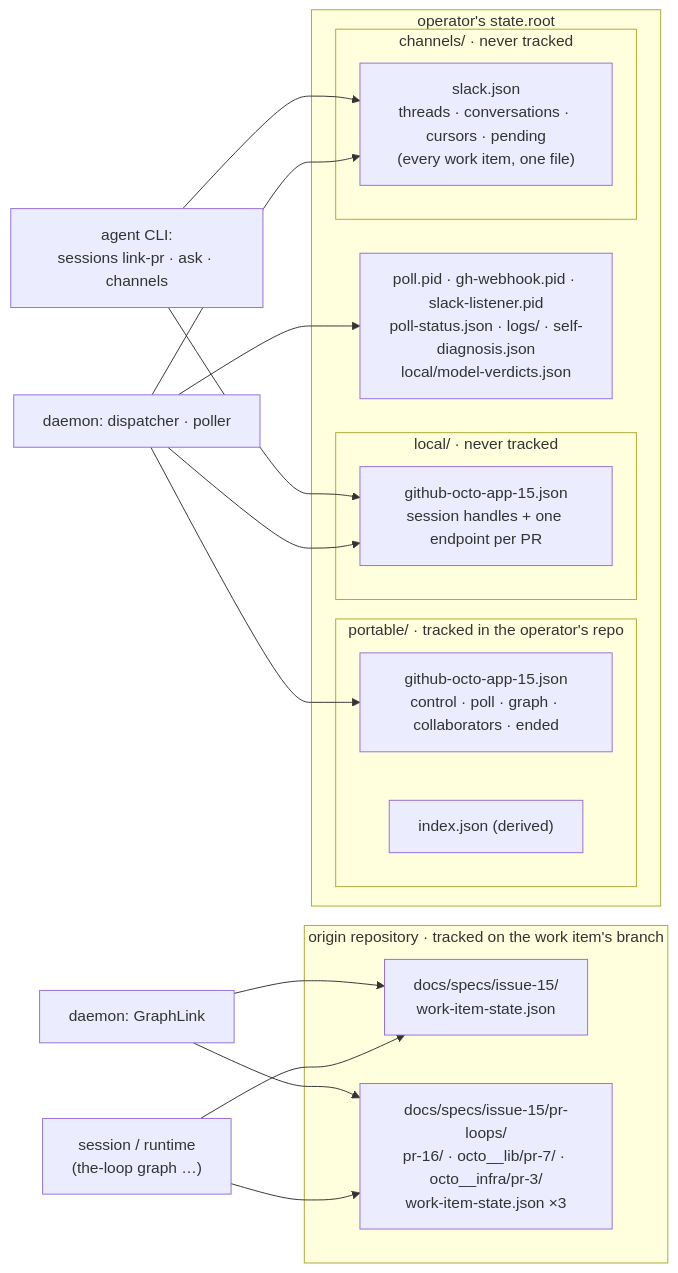
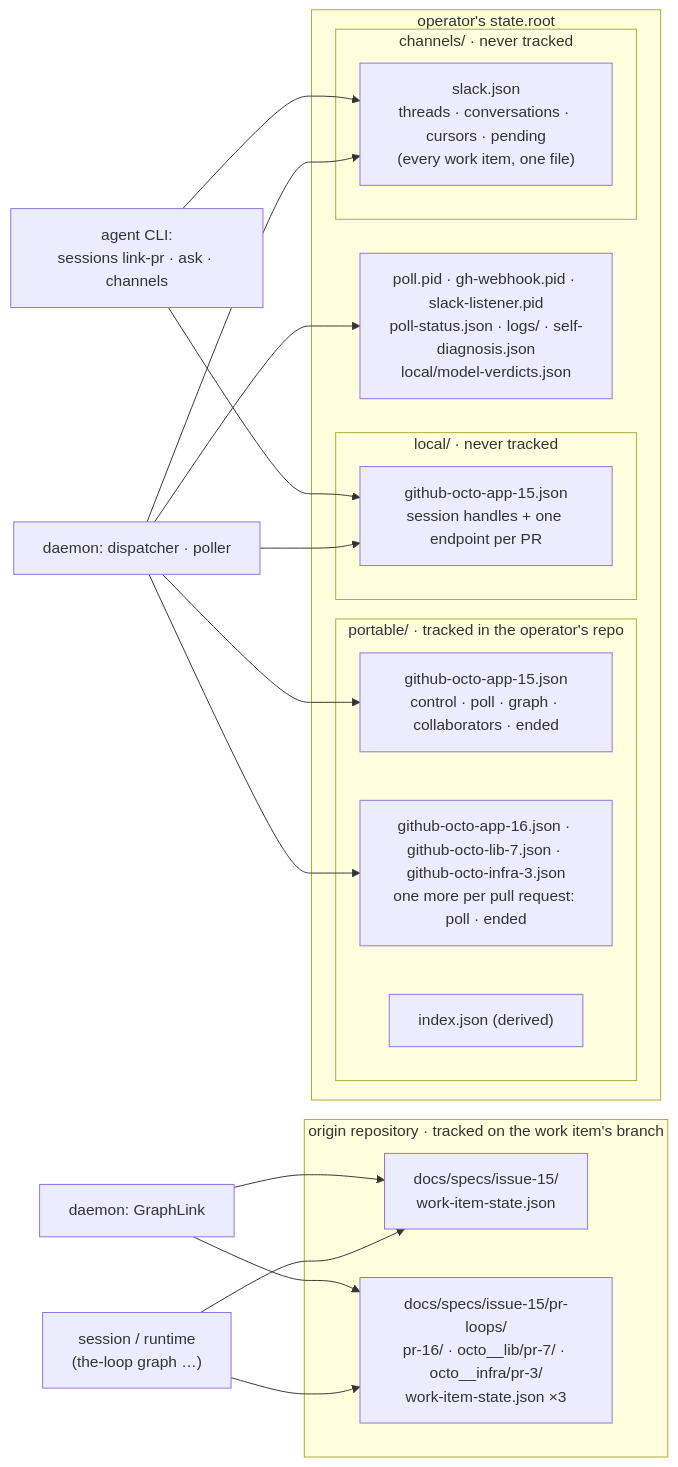
One commit to MadaraUchiha-314/the-loop changed the diagram in docs/specs/issue-368/requirements.md. Above: the diagram before and after it, drawn with Mermaid. The commit also changed other lines of this file and 2 other files, not shown here.

First line of the commit message:
docs(issue-368): one portable record per work item; the local file replicates nothing about a PR

````diff
--- a/docs/specs/issue-368/requirements.md
+++ b/docs/specs/issue-368/requirements.md
@@ -50,24 +50,25 @@
 ```mermaid
 flowchart LR
     subgraph repo["origin repository · tracked on the work item's branch"]
         WS["docs/specs/issue-15/<br/>work-item-state.json"]
         IL["docs/specs/issue-15/pr-loops/<br/>pr-16/ · octo__lib/pr-7/ · octo__infra/pr-3/<br/>work-item-state.json ×3"]
     end
     subgraph root["operator's state.root"]
         subgraph portable["portable/ · tracked in the operator's repo"]
             PR["github-octo-app-15.json<br/>control · poll · graph · collaborators · ended"]
+            PP["github-octo-app-16.json · github-octo-lib-7.json · github-octo-infra-3.json<br/>one more per pull request: poll · ended"]
             IX["index.json (derived)"]
         end
         subgraph local["local/ · never tracked"]
             LR["github-octo-app-15.json<br/>session handles + one endpoint per PR"]
         end
         subgraph channels["channels/ · never tracked"]
             SL["slack.json<br/>threads · conversations · cursors · pending<br/>(every work item, one file)"]
         end
         MW["poll.pid · gh-webhook.pid · slack-listener.pid<br/>poll-status.json · logs/ · self-diagnosis.json<br/>local/model-verdicts.json"]
     end
     S["session / runtime<br/>(the-loop graph …)"] --> WS & IL
     D["daemon: GraphLink"] --> WS & IL
-    D2["daemon: dispatcher · poller"] --> PR & LR & SL & MW
+    D2["daemon: dispatcher · poller"] --> PR & PP & LR & SL & MW
     A["agent CLI:<br/>sessions link-pr · ask · channels"] --> LR & SL
 ```
````
